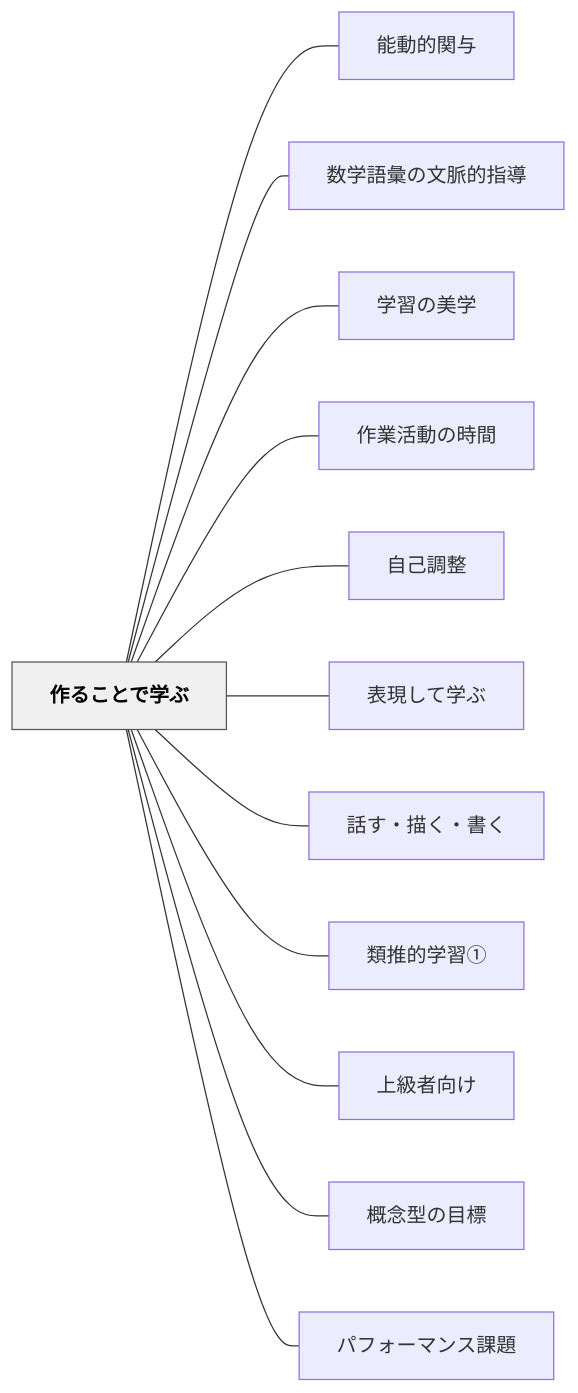
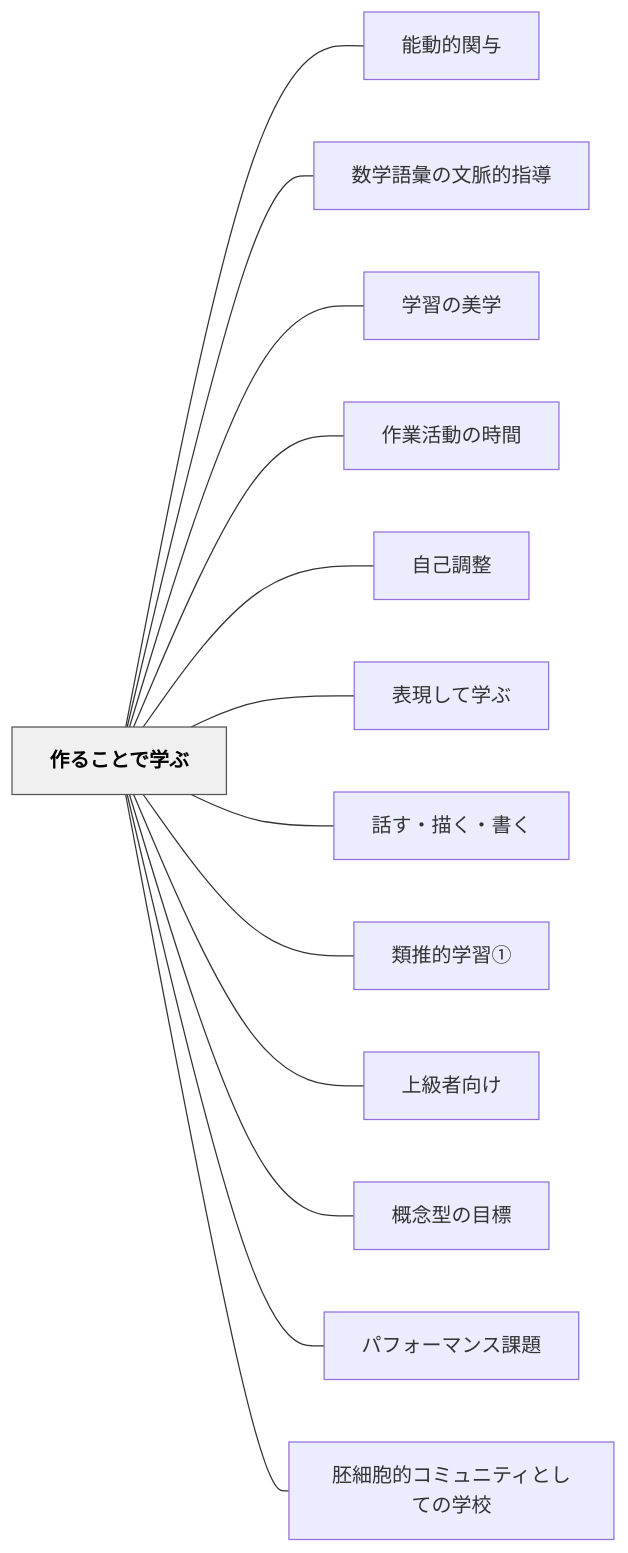
One commit to unknownthings-ed-patterns/unknownthings-ed-patterns changed the diagram in content/パタン/作ることで学ぶ.md. Above: the diagram before and after it, drawn with Mermaid. The commit also changed other lines of this file and 9 other files, not shown here.

````diff
--- a/content/パタン/作ることで学ぶ.md
+++ b/content/パタン/作ることで学ぶ.md
@@ -189,30 +207,32 @@
 ```mermaid
 flowchart LR
     ne4bd9ce3828be38193e381a8e381a7e5ada6e381b6["作ることで学ぶ"]
     ne883bde58b95e79a84e996a2e4b88e["能動的関与"]
     ne695b0e5ada6e8aa9ee5bd99e381aee69687e88488e79a84e68c87e5b08e["数学語彙の文脈的指導"]
     ne5ada6e7bf92e381aee7be8ee5ada6["学習の美学"]
     ne4bd9ce6a5ade6b4bbe58b95e381aee69982e99693["作業活動の時間"]
     ne887aae5b7b1e8aabfe695b4["自己調整"]
     ne8a1a8e78fbee38197e381a6e5ada6e381b6["表現して学ぶ"]
     ne8a9b1e38199e383bbe68f8fe3818fe383bbe69bb8e3818f["話す・描く・書く"]
     ne9a19ee68ea8e79a84e5ada6e7bf92e291a0["類推的学習①"]
     ne4b88ae7b49ae88085e59091e38191["上級者向け"]
     ne6a682e5bfb5e59e8be381aee79baee6a899["概念型の目標"]
     ne38391e38395e382a9e383bce3839ee383b3e382b9e8aab2e9a18c["パフォーマンス課題"]
+    ne8839ae7b4b0e8839ee79a84e382b3e3839fe383a5e3838be38386e382a3e381a8e38197e381a6e381aee5ada6e6a0a1["胚細胞的コミュニティとしての学校"]
 
     ne4bd9ce3828be38193e381a8e381a7e5ada6e381b6 --- ne883bde58b95e79a84e996a2e4b88e
     ne4bd9ce3828be38193e381a8e381a7e5ada6e381b6 --- ne695b0e5ada6e8aa9ee5bd99e381aee69687e88488e79a84e68c87e5b08e
     ne4bd9ce3828be38193e381a8e381a7e5ada6e381b6 --- ne5ada6e7bf92e381aee7be8ee5ada6
     ne4bd9ce3828be38193e381a8e381a7e5ada6e381b6 --- ne4bd9ce6a5ade6b4bbe58b95e381aee69982e99693
     ne4bd9ce3828be38193e381a8e381a7e5ada6e381b6 --- ne887aae5b7b1e8aabfe695b4
     ne4bd9ce3828be38193e381a8e381a7e5ada6e381b6 --- ne8a1a8e78fbee38197e381a6e5ada6e381b6
     ne4bd9ce3828be38193e381a8e381a7e5ada6e381b6 --- ne8a9b1e38199e383bbe68f8fe3818fe383bbe69bb8e3818f
     ne4bd9ce3828be38193e381a8e381a7e5ada6e381b6 --- ne9a19ee68ea8e79a84e5ada6e7bf92e291a0
     ne4bd9ce3828be38193e381a8e381a7e5ada6e381b6 --- ne4b88ae7b49ae88085e59091e38191
     ne4bd9ce3828be38193e381a8e381a7e5ada6e381b6 --- ne6a682e5bfb5e59e8be381aee79baee6a899
     ne4bd9ce3828be38193e381a8e381a7e5ada6e381b6 --- ne38391e38395e382a9e383bce3839ee383b3e382b9e8aab2e9a18c
+    ne4bd9ce3828be38193e381a8e381a7e5ada6e381b6 --- ne8839ae7b4b0e8839ee79a84e382b3e3839fe383a5e3838be38386e382a3e381a8e38197e381a6e381aee5ada6e6a0a1
 
     classDef hub fill:#f0f0f0,stroke:#555,color:#000,font-weight:bold
     class ne4bd9ce3828be38193e381a8e381a7e5ada6e381b6 hub
 ```
````
